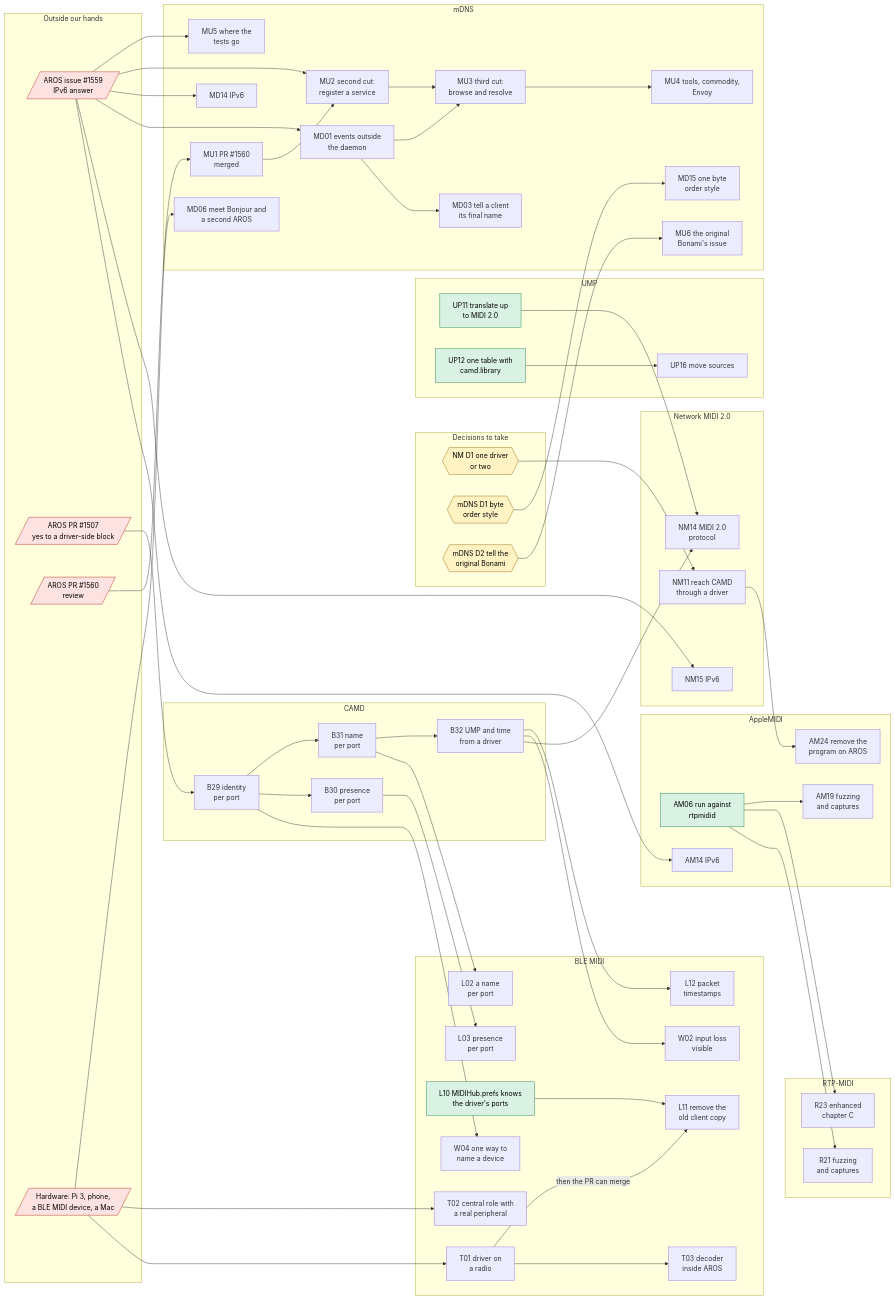
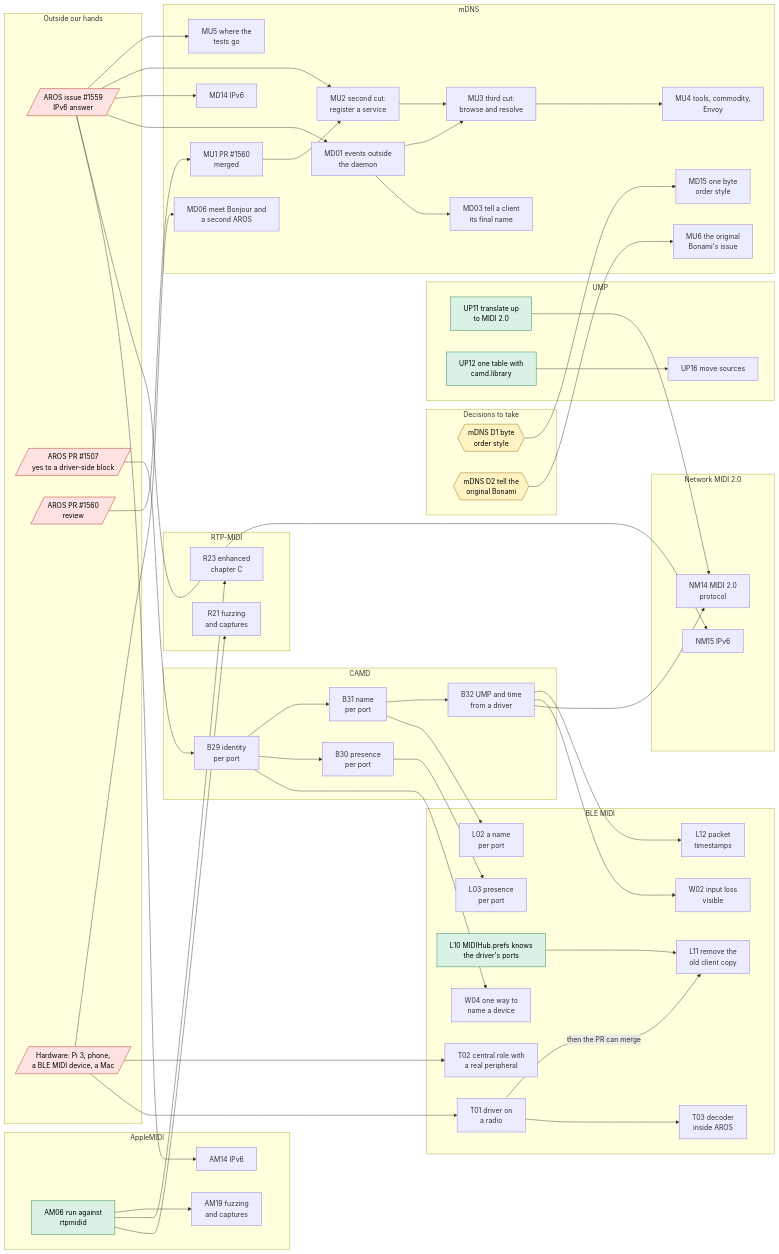
One commit to JJDSNT/aros-midihub changed the diagram in docs/backlog-dependencies.md. Above: the diagram before and after it, drawn with Mermaid. The commit also changed other lines of this file and 15 other files, not shown here.

First line of the commit message:
networkmidi2: a second driver, and one service for both transports

```diff
--- a/docs/backlog-dependencies.md
+++ b/docs/backlog-dependencies.md
@@ -29,7 +29,6 @@
     end
 
     subgraph DEC[Decisions to take]
-        ND1{{"NM D1 one driver<br/>or two"}}:::decision
         MDD1{{"mDNS D1 byte<br/>order style"}}:::decision
         MDD2{{"mDNS D2 tell the<br/>original Bonami"}}:::decision
     end
@@ -42,7 +41,6 @@
     subgraph AM[AppleMIDI]
         AM06["AM06 run against<br/>rtpmidid"]:::ready
         AM14["AM14 IPv6"]
-        AM24["AM24 remove the<br/>program on AROS"]
         AM19["AM19 fuzzing<br/>and captures"]
     end
 
@@ -53,7 +51,6 @@
     end
 
     subgraph NM[Network MIDI 2.0]
-        NM11["NM11 reach CAMD<br/>through a driver"]
         NM14["NM14 MIDI 2.0<br/>protocol"]
         NM15["NM15 IPv6"]
     end
@@ -101,8 +98,6 @@
 
     UP12 --> UP16
 
-    ND1 --> NM11
-    NM11 --> AM24
     UP11 --> NM14
     B32 --> NM14
 
```
